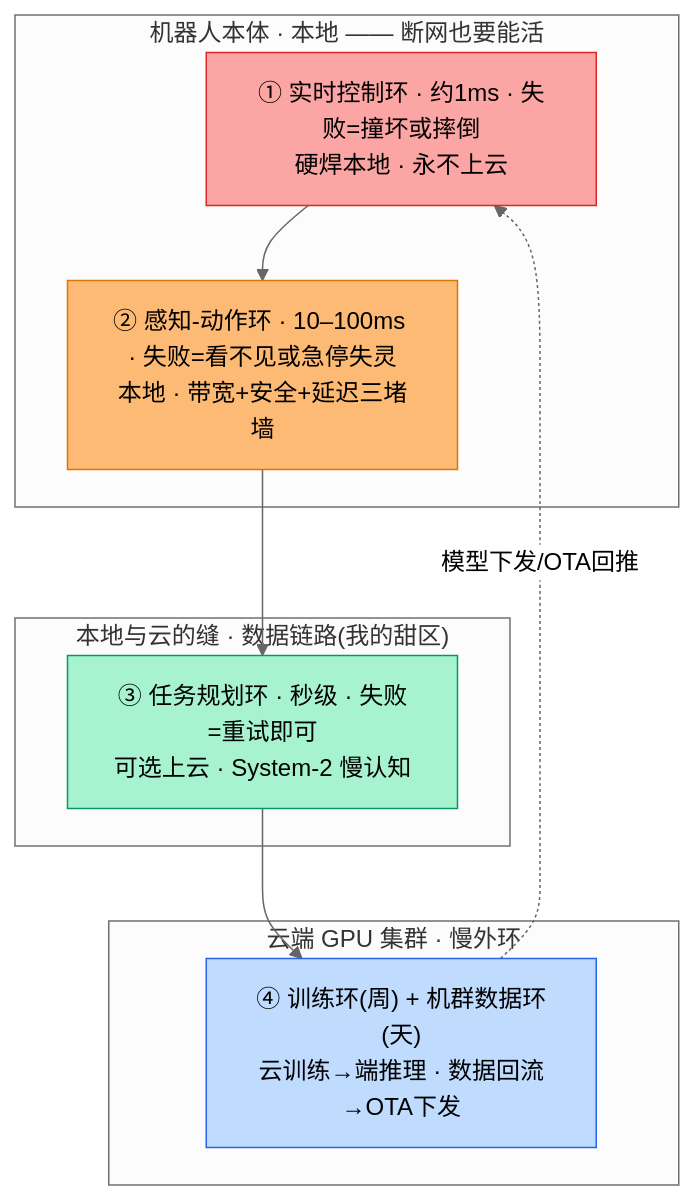
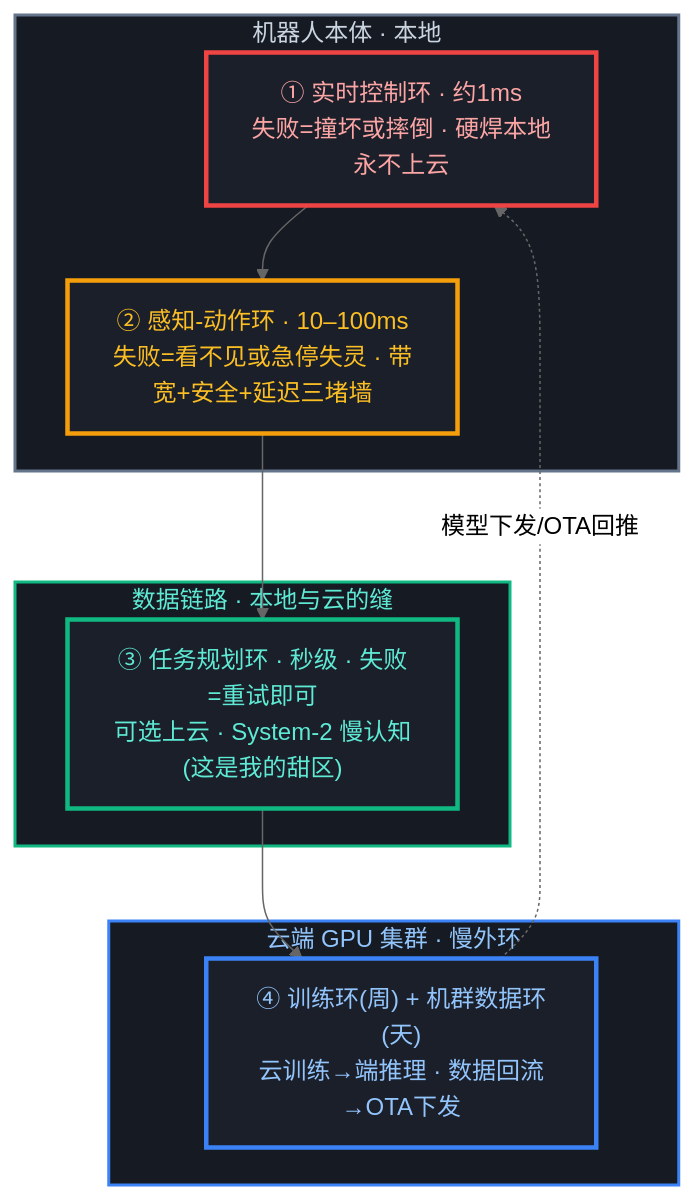
The second of 4 diagrams in 02-机器人系统构造.md (Fengur/robotics-learning), drawn with Mermaid (neutral theme) before and after one commit. The commit also changed other lines of this file, not shown here.

Commit message:
02:三张彩图改深底浅字+彩色边框,深浅色模式两边都清晰;subgraph标题缩短防截断

````diff
--- a/02-机器人系统构造.md
+++ b/02-机器人系统构造.md
@@ -91,21 +97,24 @@
 ```mermaid
 flowchart TB
-    subgraph LOCAL["机器人本体 · 本地 —— 断网也要能活"]
-        E1["① 实时控制环 · 约1ms · 失败=撞坏或摔倒<br/>硬焊本地 · 永不上云"]
-        E2["② 感知-动作环 · 10–100ms · 失败=看不见或急停失灵<br/>本地 · 带宽+安全+延迟三堵墙"]
+    subgraph LOCAL["机器人本体 · 本地"]
+        E1["① 实时控制环 · 约1ms<br/>失败=撞坏或摔倒 · 硬焊本地永不上云"]
+        E2["② 感知-动作环 · 10–100ms<br/>失败=看不见或急停失灵 · 带宽+安全+延迟三堵墙"]
     end
-    subgraph SEAM["本地与云的缝 · 数据链路(我的甜区)"]
-        E3["③ 任务规划环 · 秒级 · 失败=重试即可<br/>可选上云 · System-2 慢认知"]
+    subgraph SEAM["数据链路 · 本地与云的缝"]
+        E3["③ 任务规划环 · 秒级 · 失败=重试即可<br/>可选上云 · System-2 慢认知(这是我的甜区)"]
     end
     subgraph CLOUD["云端 GPU 集群 · 慢外环"]
         E4["④ 训练环(周) + 机群数据环(天)<br/>云训练→端推理 · 数据回流→OTA下发"]
     end
 
     E1 --> E2 --> E3 --> E4
     E4 -. 模型下发/OTA回推 .-> E1
 
-    style E1 fill:#fca5a5,stroke:#dc2626,color:#000
-    style E2 fill:#fdba74,stroke:#d97706,color:#000
-    style E3 fill:#a7f3d0,stroke:#059669,color:#000
-    style E4 fill:#bfdbfe,stroke:#2563eb,color:#000
+    style LOCAL fill:#161a22,stroke:#64748b,stroke-width:2px,color:#cbd5e1;
+    style SEAM fill:#161a22,stroke:#10b981,stroke-width:2px,color:#5eead4;
+    style CLOUD fill:#161a22,stroke:#3b82f6,stroke-width:2px,color:#93c5fd;
+    style E1 fill:#1b1f2a,stroke:#ef4444,stroke-width:3px,color:#fca5a5;
+    style E2 fill:#1b1f2a,stroke:#f59e0b,stroke-width:3px,color:#fbbf24;
+    style E3 fill:#1b1f2a,stroke:#10b981,stroke-width:3px,color:#5eead4;
+    style E4 fill:#1b1f2a,stroke:#3b82f6,stroke-width:3px,color:#93c5fd;
 ```
````
